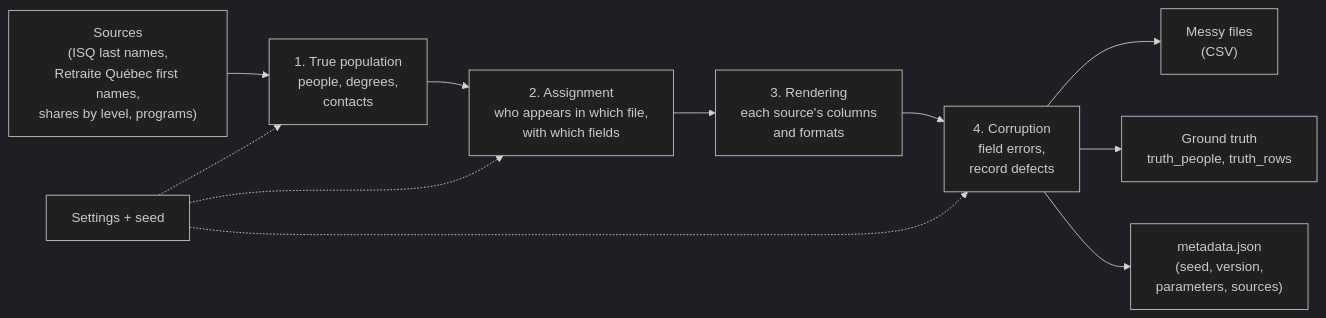
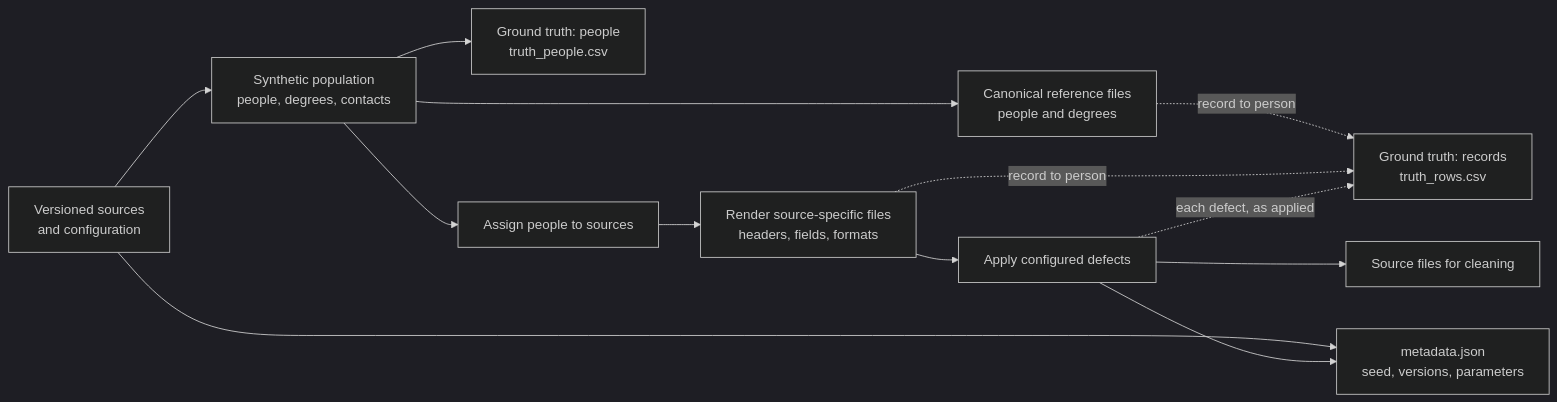
The diagram in docs/dataset/white_paper.md (chegrane/val-lumiere-alumni), drawn with Mermaid (dark theme) before and after one commit. The commit also changed other lines of this file and 3 other files, not shown here.

````diff
--- a/docs/dataset/white_paper.md
+++ b/docs/dataset/white_paper.md
@@ -120,13 +158,15 @@
 ```mermaid
 flowchart LR
-    S["Sources<br/>(ISQ last names,<br/>Retraite Québec first names,<br/>shares by level, programs)"] --> T["1. True population<br/>people, degrees,<br/>contacts"]
-    T --> A["2. Assignment<br/>who appears in which file,<br/>with which fields"]
-    A --> R["3. Rendering<br/>each source's columns<br/>and formats"]
-    R --> C["4. Corruption<br/>field errors,<br/>record defects"]
-    C --> M["Messy files<br/>(CSV)"]
-    C --> G["Ground truth<br/>truth_people, truth_rows"]
-    P["Settings + seed"] -.-> T
-    P -.-> A
-    P -.-> C
-    C --> X["metadata.json<br/>(seed, version,<br/>parameters, sources)"]
+    S["Versioned sources<br/>and configuration"] --> T["Synthetic population<br/>people, degrees, contacts"]
+    T --> GP["Ground truth: people<br/>truth_people.csv"]
+    T --> R["Canonical reference files<br/>people and degrees"]
+    T --> A["Assign people to sources"]
+    A --> F["Render source-specific files<br/>headers, fields, formats"]
+    F --> C["Apply configured defects"]
+    C --> M["Source files for cleaning"]
+    R -. record to person .-> GR["Ground truth: records<br/>truth_rows.csv"]
+    F -. record to person .-> GR
+    C -. each defect, as applied .-> GR
+    S --> X["metadata.json<br/>seed, versions, parameters"]
+    C --> X
 ```
````
